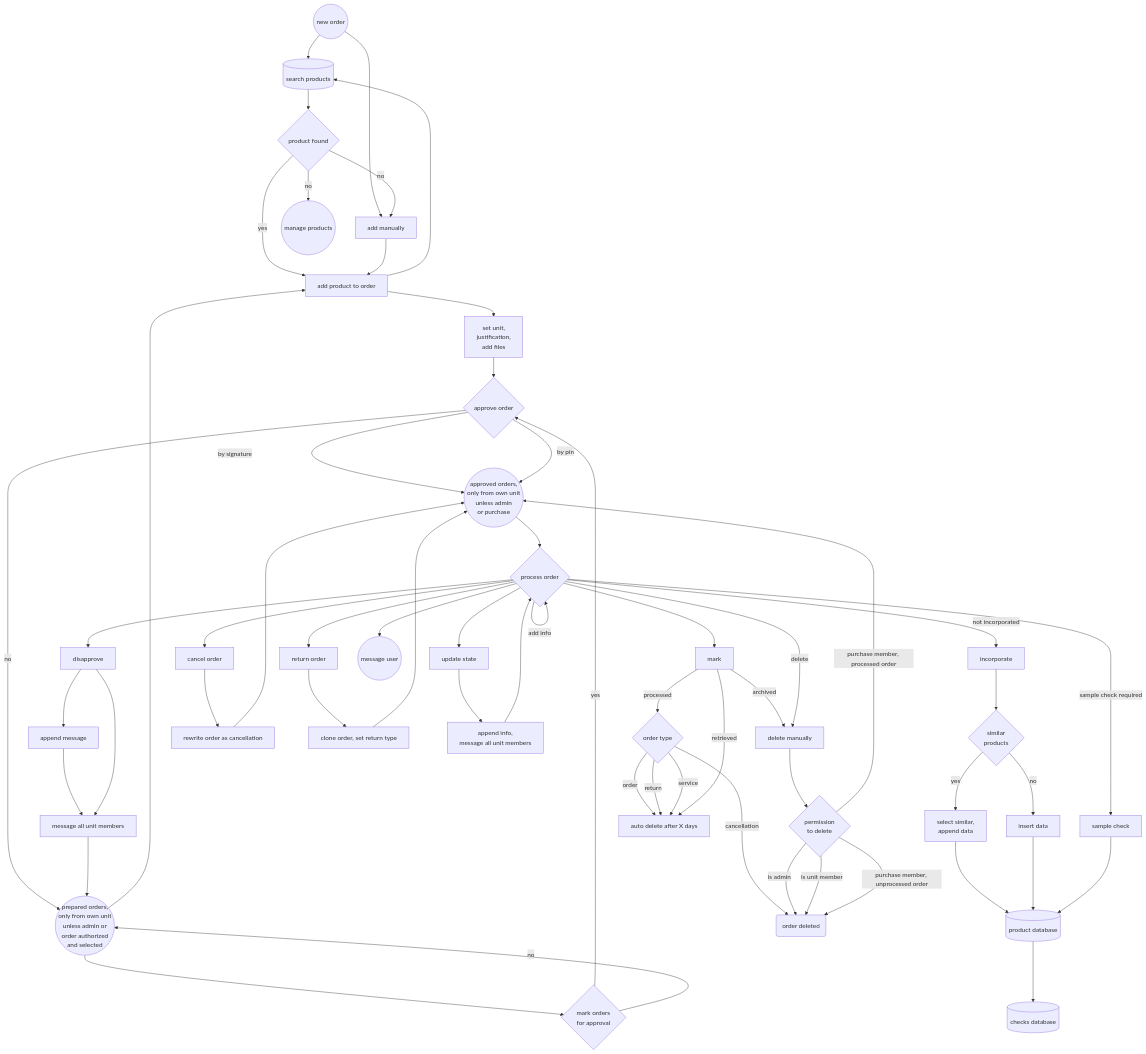
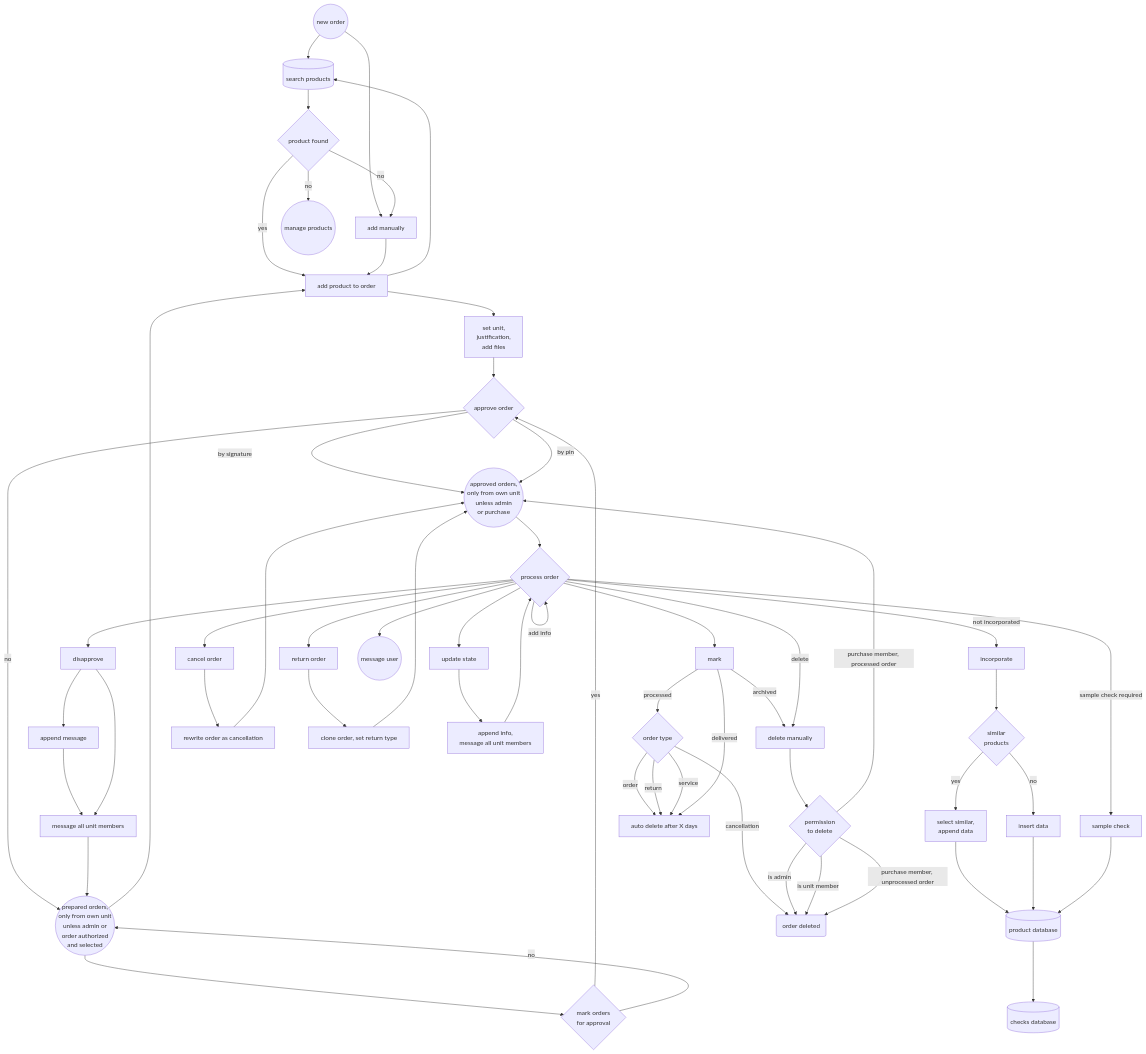
The seventh of 7 diagrams in readme.md (erroronline1/caro), drawn with Mermaid before and after one commit. The commit also changed other lines of this file, not shown here.

Commit message:
additional delivered (inhouse) state for orders

````diff
--- a/readme.md
+++ b/readme.md
@@ -755,80 +755,80 @@
 ```mermaid
 graph TD;
     new_order((new order))-->search_products[(search products)];
     search_products-->product_found{product found};
     product_found-->|yes|add_product[add product to order];
     new_order-->add_manually[add manually];
     product_found-->|no|add_manually;
     product_found-->|no|manage_products((manage products));
     add_manually-->add_product;
     add_product-->search_products;
     add_product-->add_info["set unit,
     justification,
     add files"];
     add_info-->approve_order{approve order};
     approve_order-->|by signature|approved_orders(("approved orders,
     only from own unit
     unless admin
     or purchase"));
     approve_order-->|by pin|approved_orders;
     approve_order-->|no|prepared_orders(("prepared orders,
     only from own unit
     unless admin or
     order authorized
     and selected"));
 
     approved_orders-->process_order{process order};
     process_order-->disapprove[disapprove];
     disapprove-->append_message[append message];
     append_message-->message_unit[message all unit members];
     disapprove-->message_unit;
     message_unit-->prepared_orders;
 
     process_order-->|not incorporated|incorporate;
     incorporate-->incorporate_similar{"similar
     products"};
     incorporate_similar-->|yes|select_similar["select similar,
     append data"];
     select_similar-->productdb[(product database)]
     incorporate_similar-->|no|insert_data[insert data];
     insert_data-->productdb[(product database)];
     productdb[(product database)]-->checksdb[(checks database)];
 
     process_order-->|sample check required|sample_check[sample check];
     sample_check-->productdb[(product database)];
 
     process_order-->mark[mark];
     mark-->|processed|order_type{order type};
     order_type-->|order|auto_delete[auto delete after X days];
     order_type-->|return|auto_delete;
     order_type-->|service|auto_delete;
     order_type-->|cancellation|order_deleted(order deleted)
-    mark-->|retrieved|auto_delete;
+    mark-->|delivered|auto_delete;
     mark-->|archived|delete[delete manually];
     process_order-->|delete|delete;
     process_order-->cancel_order[cancel order];
     cancel_order-->rewrite_cancel[rewrite order as cancellation];
     rewrite_cancel-->approved_orders;
     process_order-->return_order[return order];
     return_order-->clone_order[clone order, set return type];
     clone_order-->approved_orders
     delete-->delete_permission{"permission
     to delete"};
     delete_permission-->|is admin|order_deleted;
     delete_permission-->|is unit member|order_deleted;
     delete_permission-->|purchase member, unprocessed order|order_deleted;
     delete_permission-->|purchase member, processed order|approved_orders;
     process_order-->update_state[update state];
     update_state-->append_inform["append info,
     message all unit members"];
     append_inform-->process_order
     
     process_order-->|add info|process_order;
     process_order-->message((message user))
 
     prepared_orders-->mark_bulk{"mark orders
     for approval"};
     mark_bulk-->|yes|approve_order;
     mark_bulk-->|no|prepared_orders;
     prepared_orders-->add_product;
 ```
````
